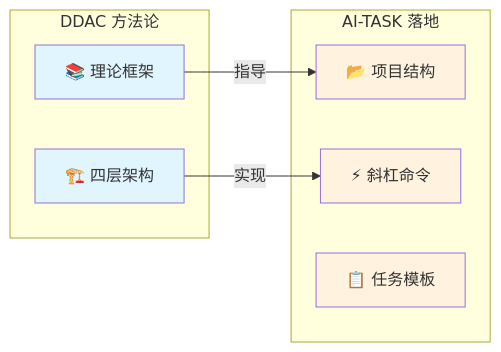
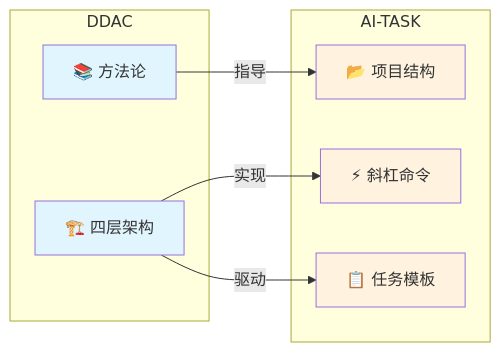
Before and after one commit to ArnoFrost/DDAC: the first of 3 diagrams in README.md, drawn with Mermaid. The commit also changed other lines of this file, not shown here.

Commit message:
refactor: 优化 AI-TASK 引用位置，新增相关项目章节

````diff
--- a/README.md
+++ b/README.md
@@ -88,22 +86,23 @@
 ```mermaid
 graph LR
-    subgraph "DDAC 方法论"
-        D1[📚 理论框架]
+    subgraph "DDAC"
+        D1[📚 方法论]
         D2[🏗️ 四层架构]
     end
     
-    subgraph "AI-TASK 落地"
+    subgraph "AI-TASK"
         A1[📂 项目结构]
         A2[⚡ 斜杠命令]
         A3[📋 任务模板]
     end
     
     D1 -->|指导| A1
     D2 -->|实现| A2
+    D2 -->|驱动| A3
     
     style D1 fill:#e1f5fe
     style D2 fill:#e1f5fe
     style A1 fill:#fff3e0
     style A2 fill:#fff3e0
     style A3 fill:#fff3e0
 ```
````
